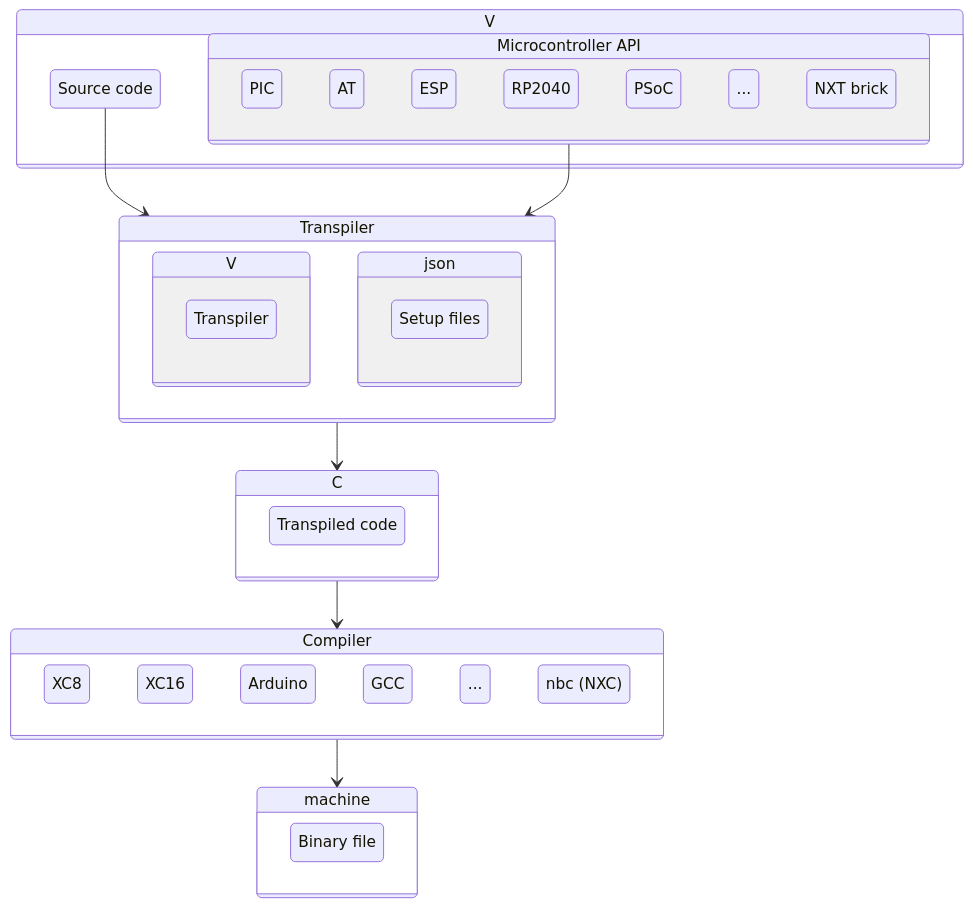
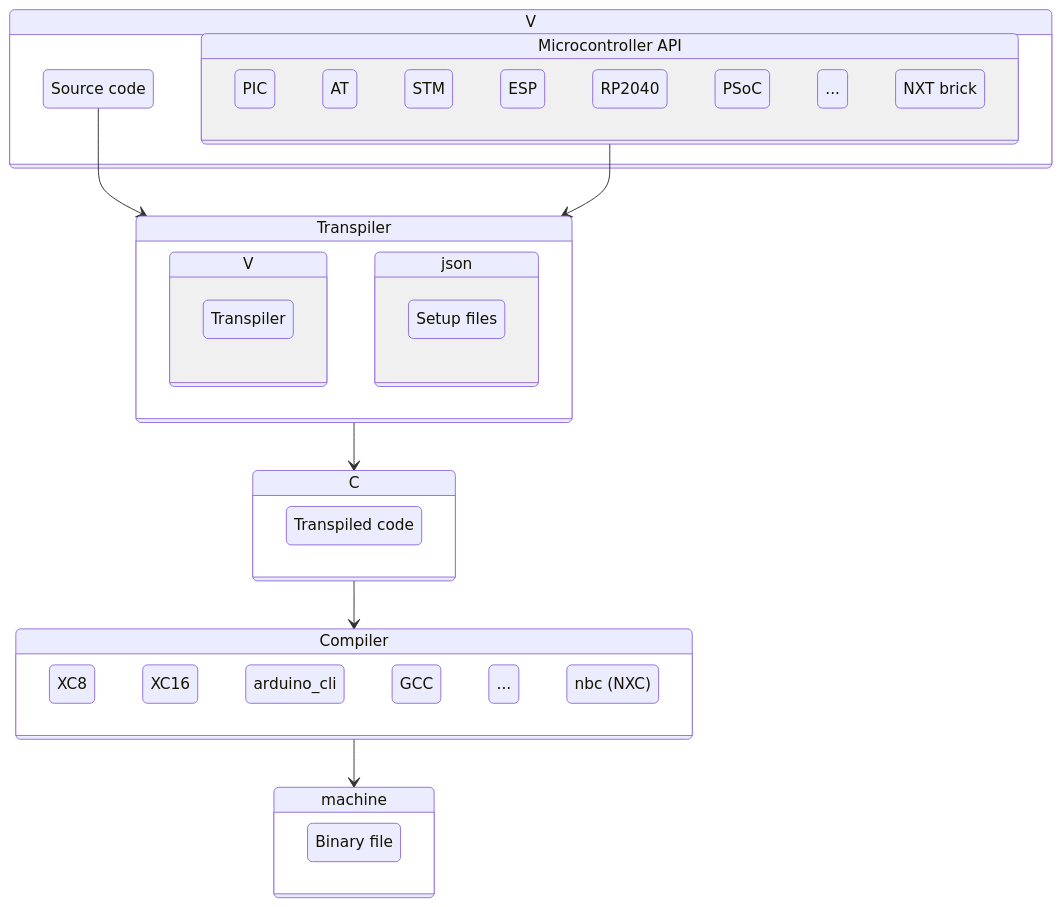
The diagram in README.md (fermarsan/aixt), drawn with Mermaid before and after one commit. The commit also changed other lines of this file and 4 other files, not shown here.

Commit message:
Diagram and prerequisites updated

````diff
--- a/README.md
+++ b/README.md
@@ -14,56 +14,57 @@
 ```mermaid
 stateDiagram-v2
 
     Aixt: V
     state Aixt {
         source: Source code
 
         API: Microcontroller API
         state API {
             PICs: PIC
             ATM: AT
+            STM
             ESP
             RP2040
             PSoC
             others2: ...
             NXT: NXT brick
         }
     }
 
 
 
     Aixt2C: Transpiler
     state Aixt2C {
         state V {
             Transpiler: Transpiler
         }
 
         state json {
             setup: Setup files
         }
     }
 
     C: C
     state C {
         Tr_Code: Transpiled code
     }
 
     state Compiler {
         XC8
         XC16
-        Arduino
+        arduino_cli
         GCC
         others: ...
         nbc: nbc (NXC)
     }
 
     state machine {
         BF: Binary file
     }
 
     source --> Aixt2C
     API --> Aixt2C
     Aixt2C --> C
     C --> Compiler
     Compiler --> machine
 ```
````
